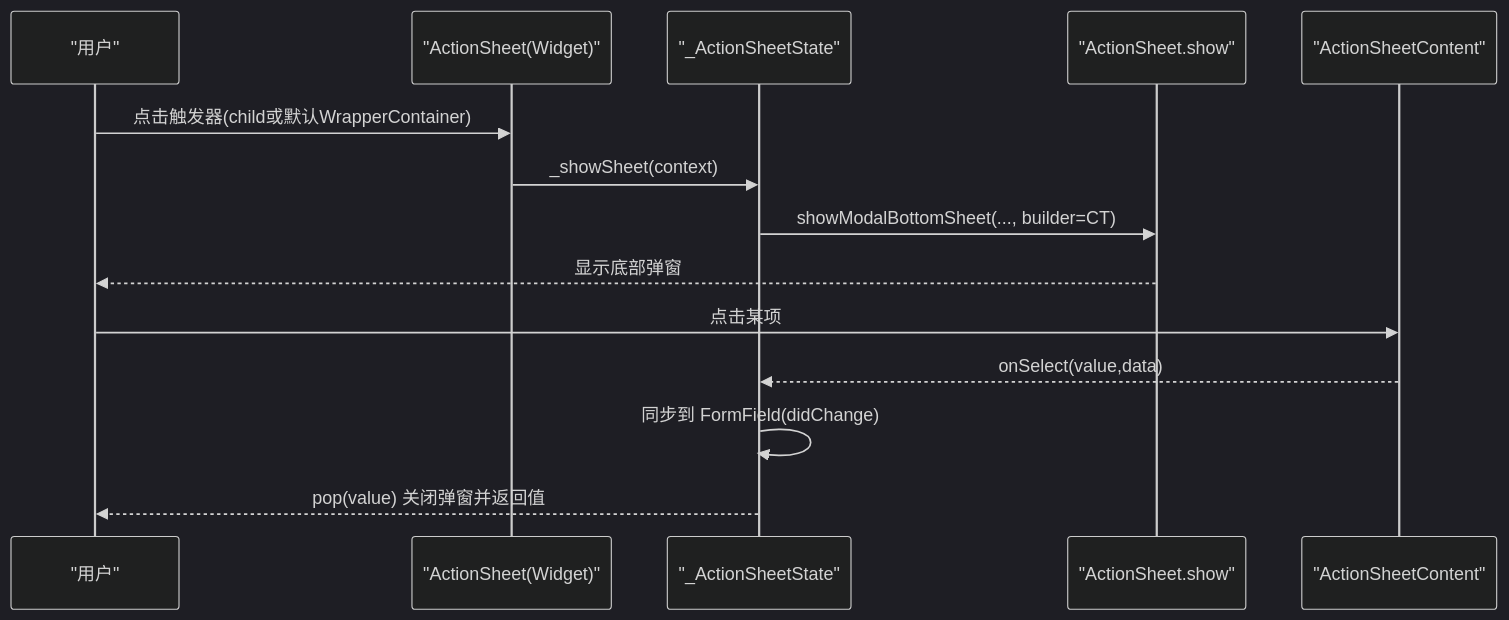
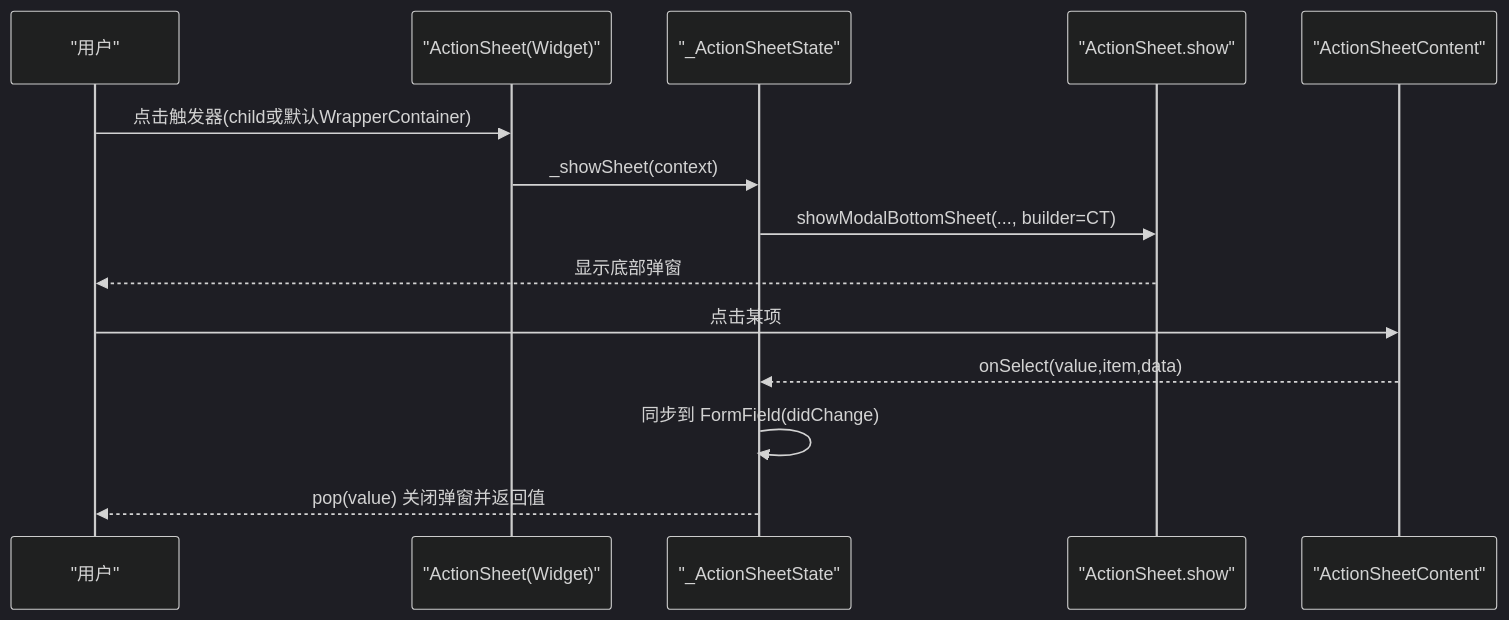
The third of 4 diagrams in .qoder/repowiki/zh/content/业务组件/ActionSheet 底部弹窗.md (yuzhido/lite-ui), drawn with Mermaid (dark theme) before and after one commit. The commit also changed other lines of this file and 26 other files, not shown here.

````diff
--- a/.qoder/repowiki/zh/content/业务组件/ActionSheet 底部弹窗.md
+++ b/.qoder/repowiki/zh/content/业务组件/ActionSheet 底部弹窗.md
@@ -197,16 +212,16 @@
 ```mermaid
 sequenceDiagram
 participant U as "用户"
 participant AS as "ActionSheet(Widget)"
 participant ST as "_ActionSheetState"
 participant API as "ActionSheet.show"
 participant CT as "ActionSheetContent"
 U->>AS : 点击触发器(child或默认WrapperContainer)
 AS->>ST : _showSheet(context)
 ST->>API : showModalBottomSheet(..., builder=CT)
 API-->>U : 显示底部弹窗
 U->>CT : 点击某项
-CT-->>ST : onSelect(value,data)
+CT-->>ST : onSelect(value,item,data)
 ST->>ST : 同步到 FormField(didChange)
 ST-->>U : pop(value) 关闭弹窗并返回值
 ```
````
